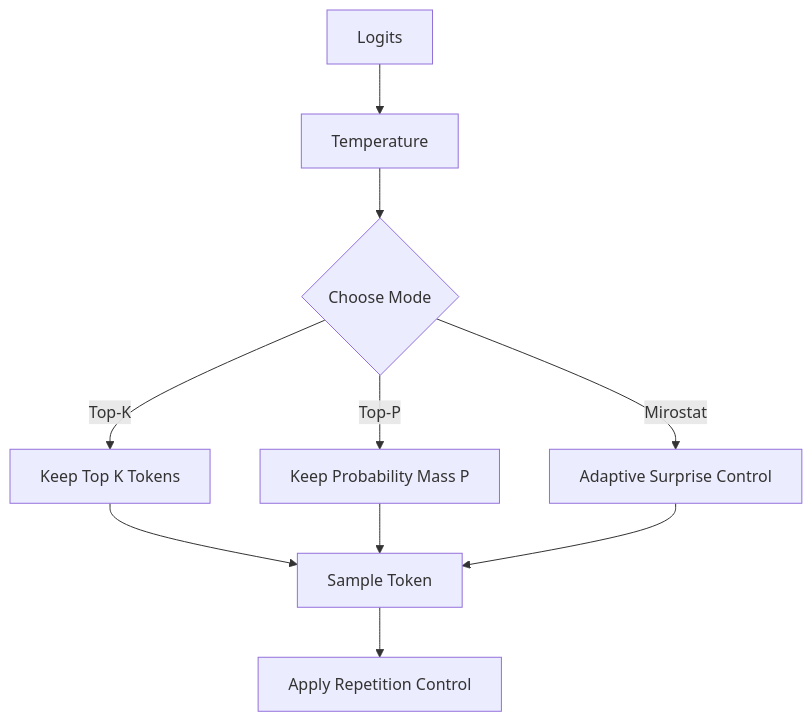
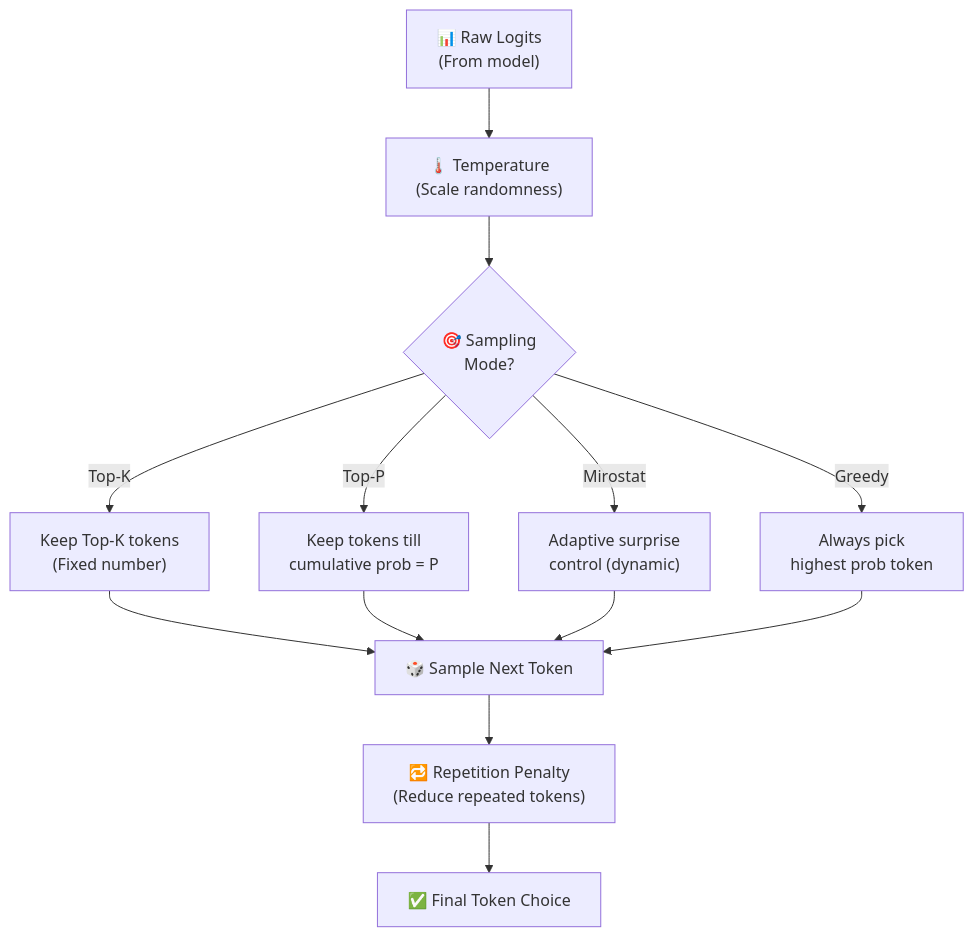
Diagram 16 of 24 in docs/susagpt/SusaGPT_Diagram_Guide.md (Sameer-Malik20/SusaGPT-Build-LLM-From-Scratch-With-Hinglish-Learning-Material), drawn with Mermaid before and after one commit. The commit also changed other lines of this file and 10 other files, not shown here.

````diff
--- a/docs/susagpt/SusaGPT_Diagram_Guide.md
+++ b/docs/susagpt/SusaGPT_Diagram_Guide.md
@@ -389,12 +796,17 @@
 ```mermaid
 flowchart TD
-    A[Logits] --> B[Temperature]
-    B --> C{Choose Mode}
-    C -- Top-K --> D[Keep Top K Tokens]
-    C -- Top-P --> E[Keep Probability Mass P]
-    C -- Mirostat --> F[Adaptive Surprise Control]
-    D --> G[Sample Token]
-    E --> G
-    F --> G
-    G --> H[Apply Repetition Control]
+    A["📊 Raw Logits\n(From model)"] --> B["🌡️ Temperature\n(Scale randomness)"]
+    B --> C{"🎯 Sampling\nMode?"}
+    C -- "Top-K" --> D["Keep Top-K tokens\n(Fixed number)"]
+    C -- "Top-P" --> E["Keep tokens till\ncumulative prob = P"]
+    C -- "Mirostat" --> F["Adaptive surprise\ncontrol (dynamic)"]
+    C -- "Greedy" --> G["Always pick\nhighest prob token"]
+
+    D --> H["🎲 Sample Next Token"]
+    E --> H
+    F --> H
+    G --> H
+
+    H --> I["🔁 Repetition Penalty\n(Reduce repeated tokens)"]
+    I --> J["✅ Final Token Choice"]
 ```
````
